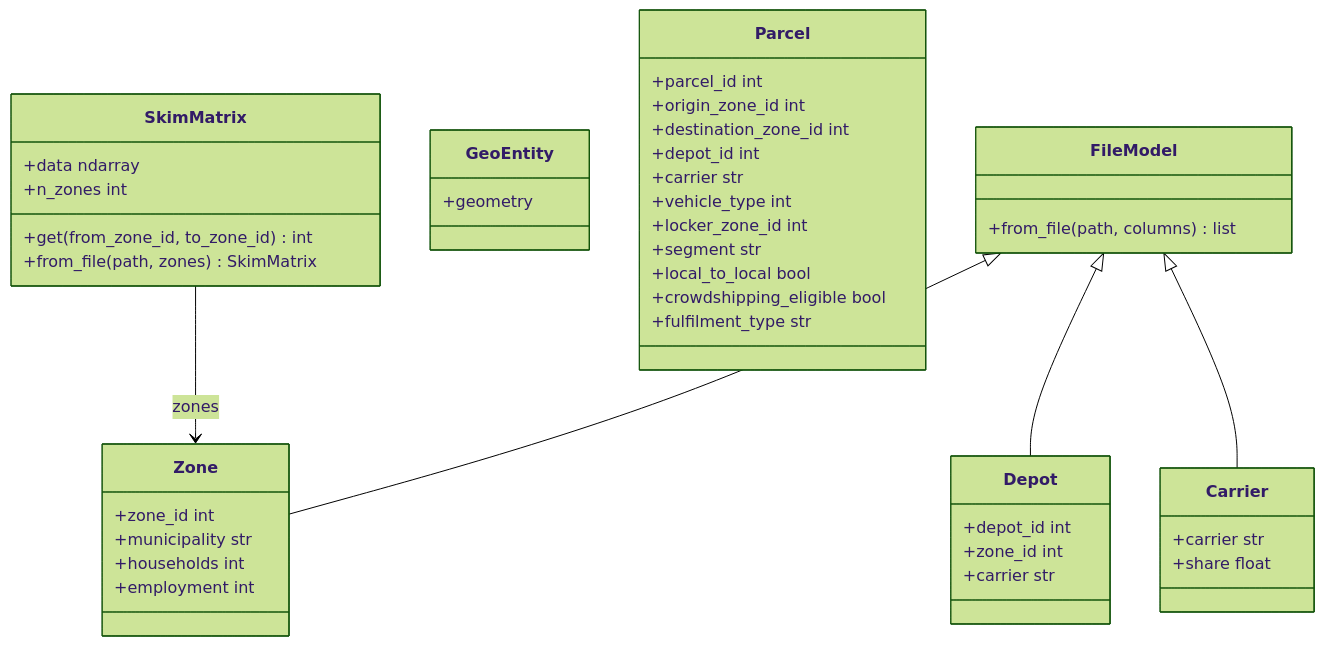
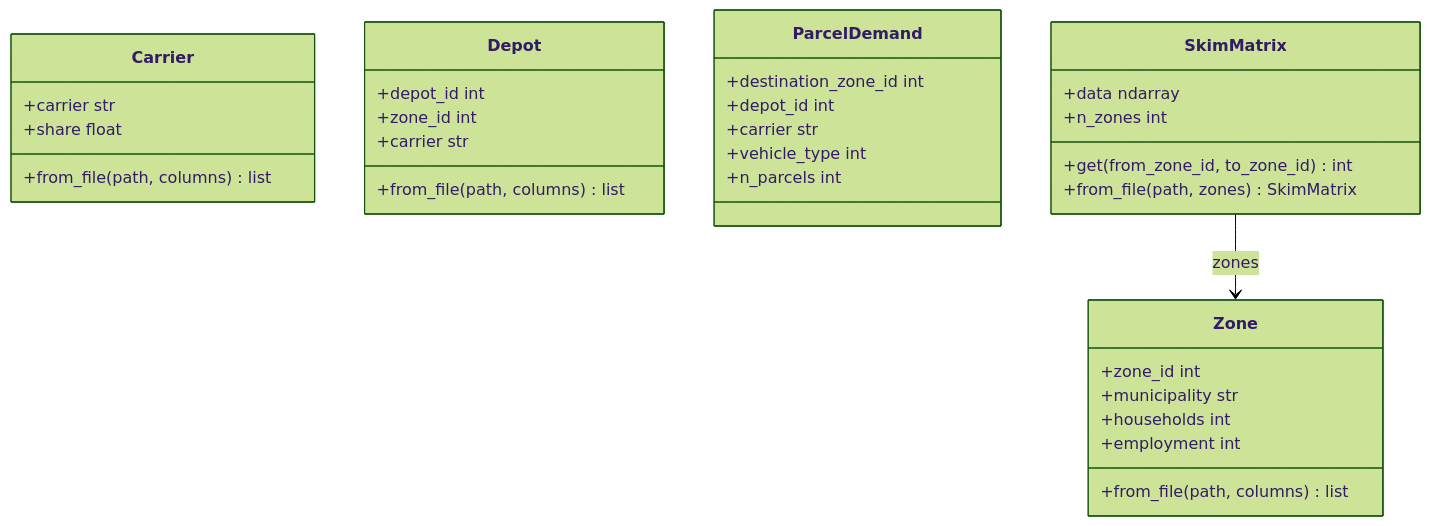
Before and after one commit to hcubasd/urban-dollop: the diagram in README.md, drawn with Mermaid (forest theme). The commit also changed 25 other files, not shown here.

First line of the commit message:
Refactor models: drop FileModel, add ParcelDemand, split helpers

````diff
--- a/README.md
+++ b/README.md
@@ -18,55 +18,40 @@
 ```mermaid
 classDiagram
-    class FileModel {
-        +from_file(path, columns) list
-    }
-
-    class GeoEntity {
-        +geometry
-    }
-
     class Zone {
         +zone_id int
         +municipality str
         +households int
         +employment int
+        +from_file(path, columns) list
     }
 
     class Carrier {
         +carrier str
         +share float
+        +from_file(path, columns) list
     }
 
     class Depot {
         +depot_id int
         +zone_id int
         +carrier str
+        +from_file(path, columns) list
     }
 
-    class Parcel {
-        +parcel_id int
-        +origin_zone_id int
+    class ParcelDemand {
         +destination_zone_id int
         +depot_id int
         +carrier str
         +vehicle_type int
-        +locker_zone_id int
-        +segment str
-        +local_to_local bool
-        +crowdshipping_eligible bool
-        +fulfilment_type str
+        +n_parcels int
     }
 
     class SkimMatrix {
         +data ndarray
         +n_zones int
         +get(from_zone_id, to_zone_id) int
         +from_file(path, zones) SkimMatrix
     }
 
-    FileModel <|-- Zone
-    FileModel <|-- Depot
-    FileModel <|-- Carrier
-
     SkimMatrix --> Zone : zones
 ```
````
